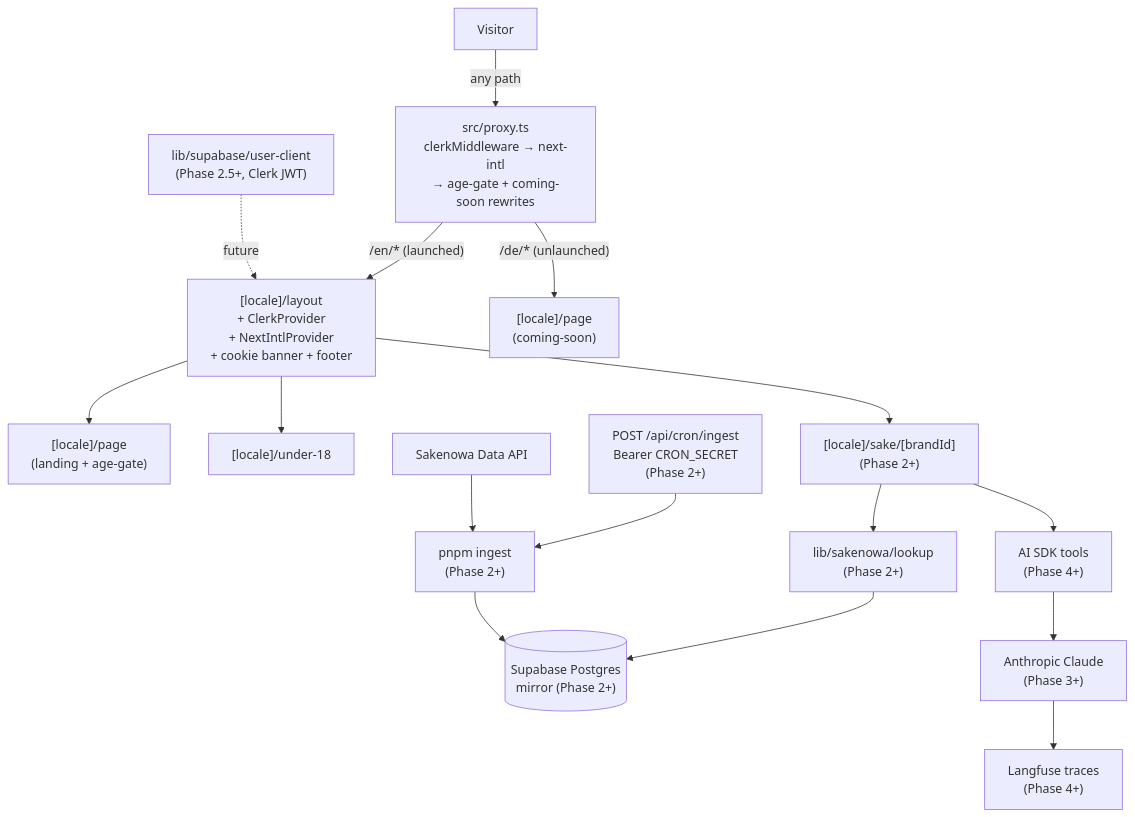
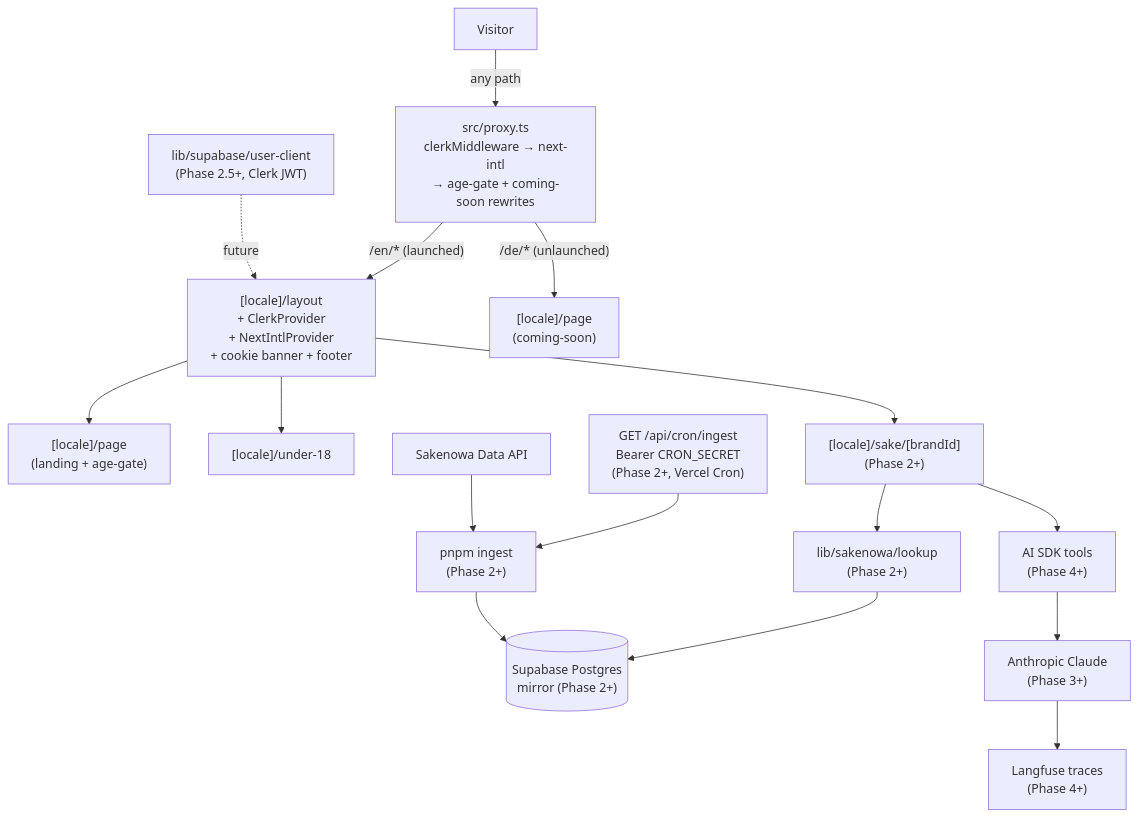
The diagram in README.md (yawaragi-dev/yawaragi), drawn with Mermaid before and after one commit. The commit also changed 5 other files, not shown here.

First line of the commit message:
docs(cron): fix POST→GET drift across README, deploying, PRE-GO-LIVE

````diff
--- a/README.md
+++ b/README.md
@@ -37,18 +37,18 @@
 ```mermaid
 flowchart TD
   V[Visitor] -->|"any path"| P["src/proxy.ts<br/>clerkMiddleware → next-intl<br/>→ age-gate + coming-soon rewrites"]
   P -->|"/en/* (launched)"| LL["[locale]/layout<br/>+ ClerkProvider<br/>+ NextIntlProvider<br/>+ cookie banner + footer"]
   UC["lib/supabase/user-client<br/>(Phase 2.5+, Clerk JWT)"] -.->|"future"| LL
   P -->|"/de/* (unlaunched)"| CS["[locale]/page<br/>(coming-soon)"]
   LL --> Landing["[locale]/page<br/>(landing + age-gate)"]
   LL --> Under18["[locale]/under-18"]
   LL --> Sake["[locale]/sake/[brandId]<br/>(Phase 2+)"]
   Sake --> Lookup["lib/sakenowa/lookup<br/>(Phase 2+)"]
   Lookup --> DB[("Supabase Postgres<br/>mirror (Phase 2+)")]
   Ingest["pnpm ingest<br/>(Phase 2+)"] --> DB
-  CronRoute["POST /api/cron/ingest<br/>Bearer CRON_SECRET<br/>(Phase 2+)"] --> Ingest
+  CronRoute["GET /api/cron/ingest<br/>Bearer CRON_SECRET<br/>(Phase 2+, Vercel Cron)"] --> Ingest
   Sakenowa["Sakenowa Data API"] --> Ingest
   Sake --> Tools["AI SDK tools<br/>(Phase 4+)"]
   Tools --> Anthropic["Anthropic Claude<br/>(Phase 3+)"]
   Anthropic --> Trace["Langfuse traces<br/>(Phase 4+)"]
 ```
````
